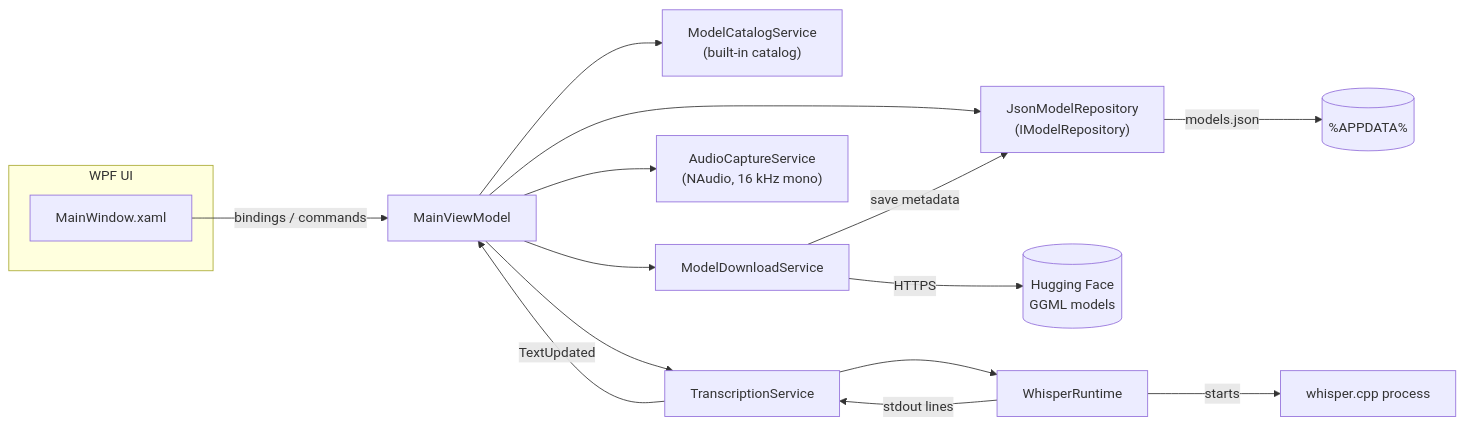
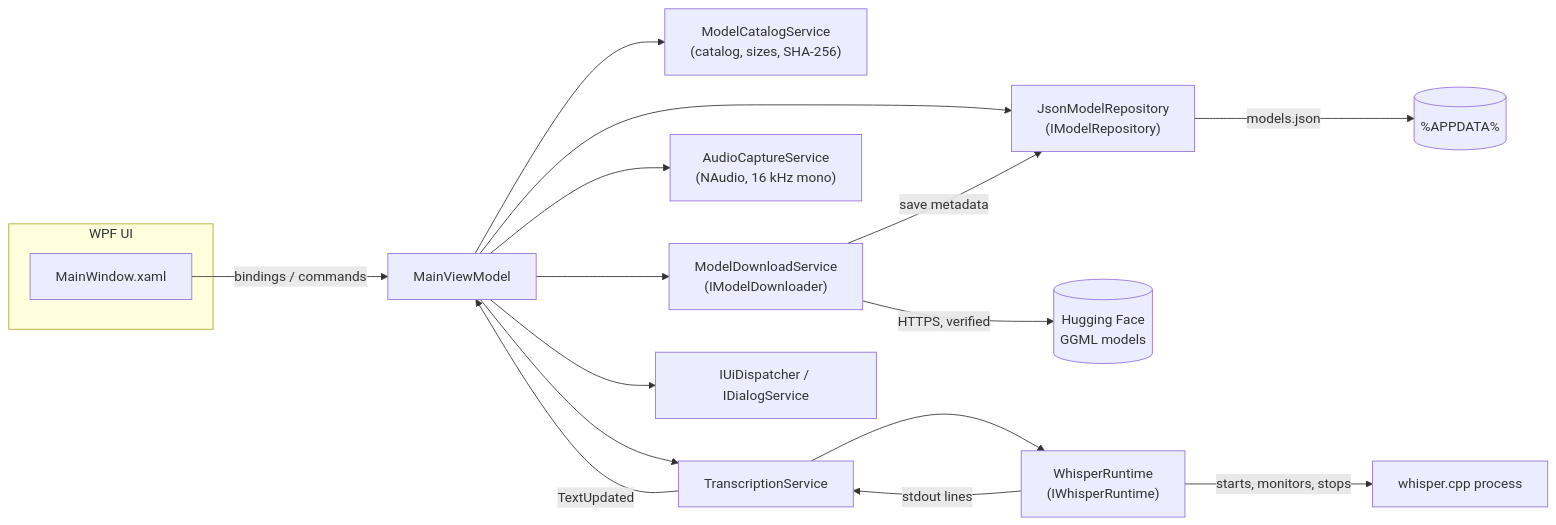
One commit to muhib-karim/VoiceDicatationCodex changed the diagram in README.md. Above: the diagram before and after it, drawn with Mermaid. The commit also changed other lines of this file and 39 other files, not shown here.

First line of the commit message:
Production grade: whisper process lifecycle, verified downloads, resilient storage, hardened CI (#4)

````diff
--- a/README.md
+++ b/README.md
@@ -69,21 +111,22 @@
 ```mermaid
 flowchart LR
     subgraph UI["WPF UI"]
         MW["MainWindow.xaml"]
     end
     MW -- bindings / commands --> VM["MainViewModel"]
 
-    VM --> CAT["ModelCatalogService<br/>(built-in catalog)"]
-    VM --> DL["ModelDownloadService"]
+    VM --> CAT["ModelCatalogService<br/>(catalog, sizes, SHA-256)"]
+    VM --> DL["ModelDownloadService<br/>(IModelDownloader)"]
     VM --> REPO["JsonModelRepository<br/>(IModelRepository)"]
     VM --> AUD["AudioCaptureService<br/>(NAudio, 16 kHz mono)"]
     VM --> TS["TranscriptionService"]
+    VM --> UI2["IUiDispatcher / IDialogService"]
 
-    DL -- HTTPS --> HF[("Hugging Face<br/>GGML models")]
+    DL -- HTTPS, verified --> HF[("Hugging Face<br/>GGML models")]
     DL -- save metadata --> REPO
     REPO -- models.json --> FS[("%APPDATA%")]
-    TS --> RT["WhisperRuntime"]
+    TS --> RT["WhisperRuntime<br/>(IWhisperRuntime)"]
     RT -- stdout lines --> TS
-    RT -- starts --> EXE["whisper.cpp process"]
+    RT -- starts, monitors, stops --> EXE["whisper.cpp process"]
     TS -- TextUpdated --> VM
 ```
````
